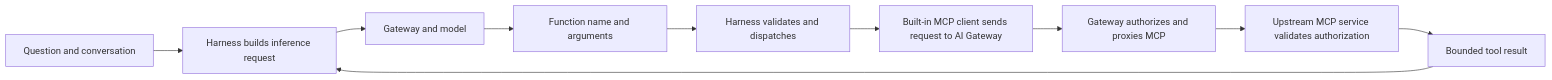
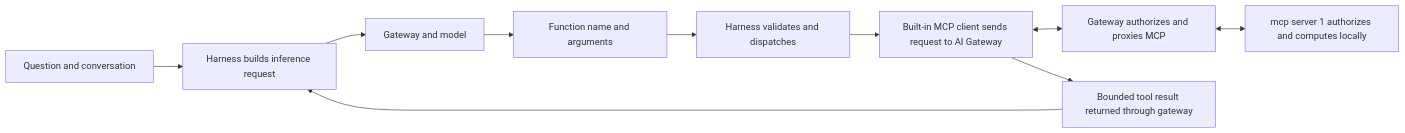
Before and after one commit to cdot65/prisma-airs-reference-architecture: the first of 2 diagrams in docs/harness.md, drawn with Mermaid. The commit also changed other lines of this file and 20 other files, not shown here.

````diff
--- a/docs/harness.md
+++ b/docs/harness.md
@@ -15,14 +15,14 @@
 ```mermaid
 flowchart LR
     accTitle: The harness execution loop
     accDescr: The harness sends tool definitions to the model through the gateway, dispatches returned function calls to MCP, and includes bounded results in the next inference request.
     question["Question and conversation"] --> request["Harness builds inference request"]
     request --> gateway["Gateway and model"]
     gateway --> functionCall["Function name and arguments"]
     functionCall --> dispatch["Harness validates and dispatches"]
     dispatch --> client["Built-in MCP client sends request to AI Gateway"]
-    client --> mcpGateway["Gateway authorizes and proxies MCP"]
-    mcpGateway --> mcp["Upstream MCP service validates authorization"]
-    mcp --> result["Bounded tool result"]
+    client <--> mcpGateway["Gateway authorizes and proxies MCP"]
+    mcpGateway <--> mcp["mcp server 1 authorizes and computes locally"]
+    client --> result["Bounded tool result returned through gateway"]
     result --> request
 ```
````
